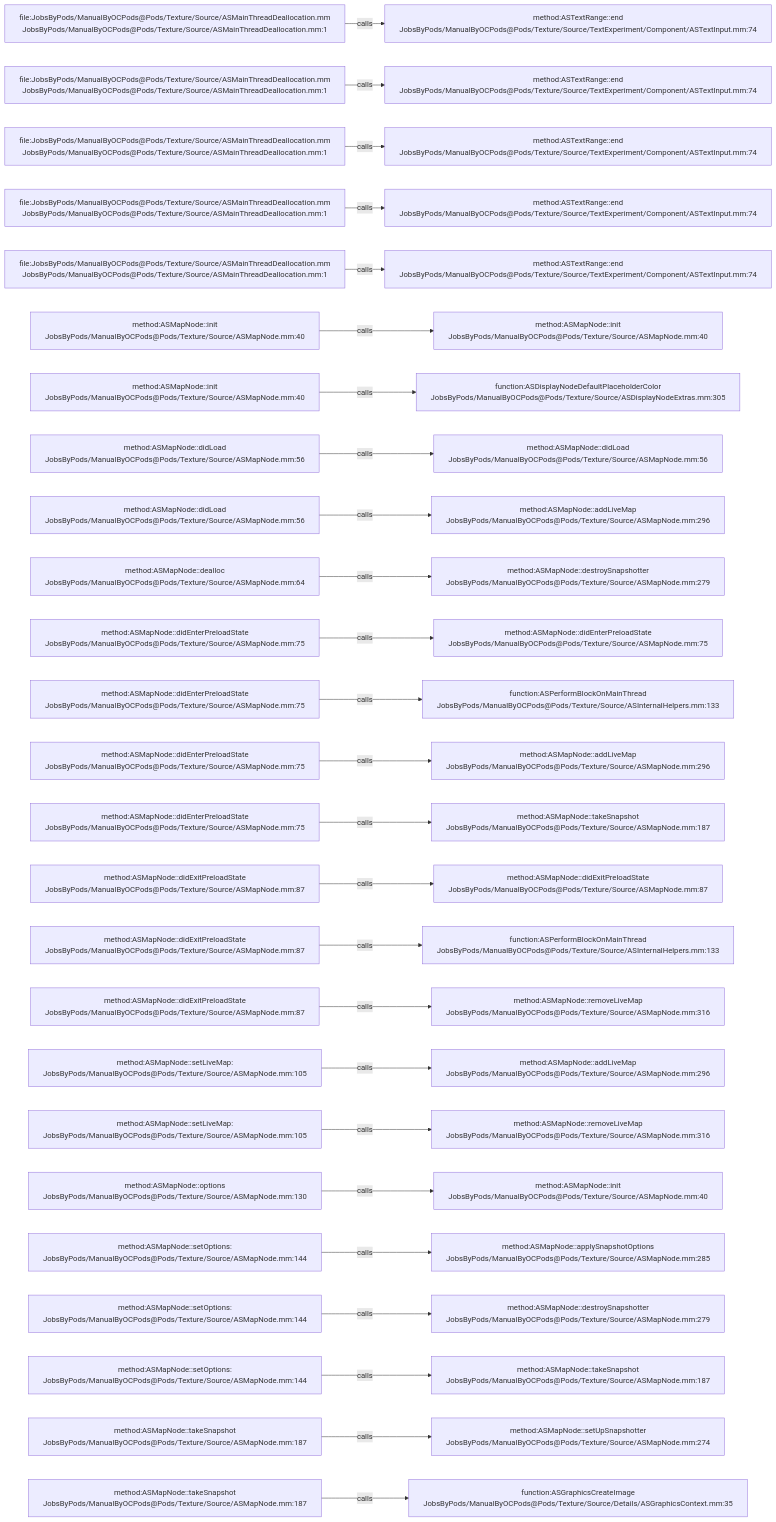
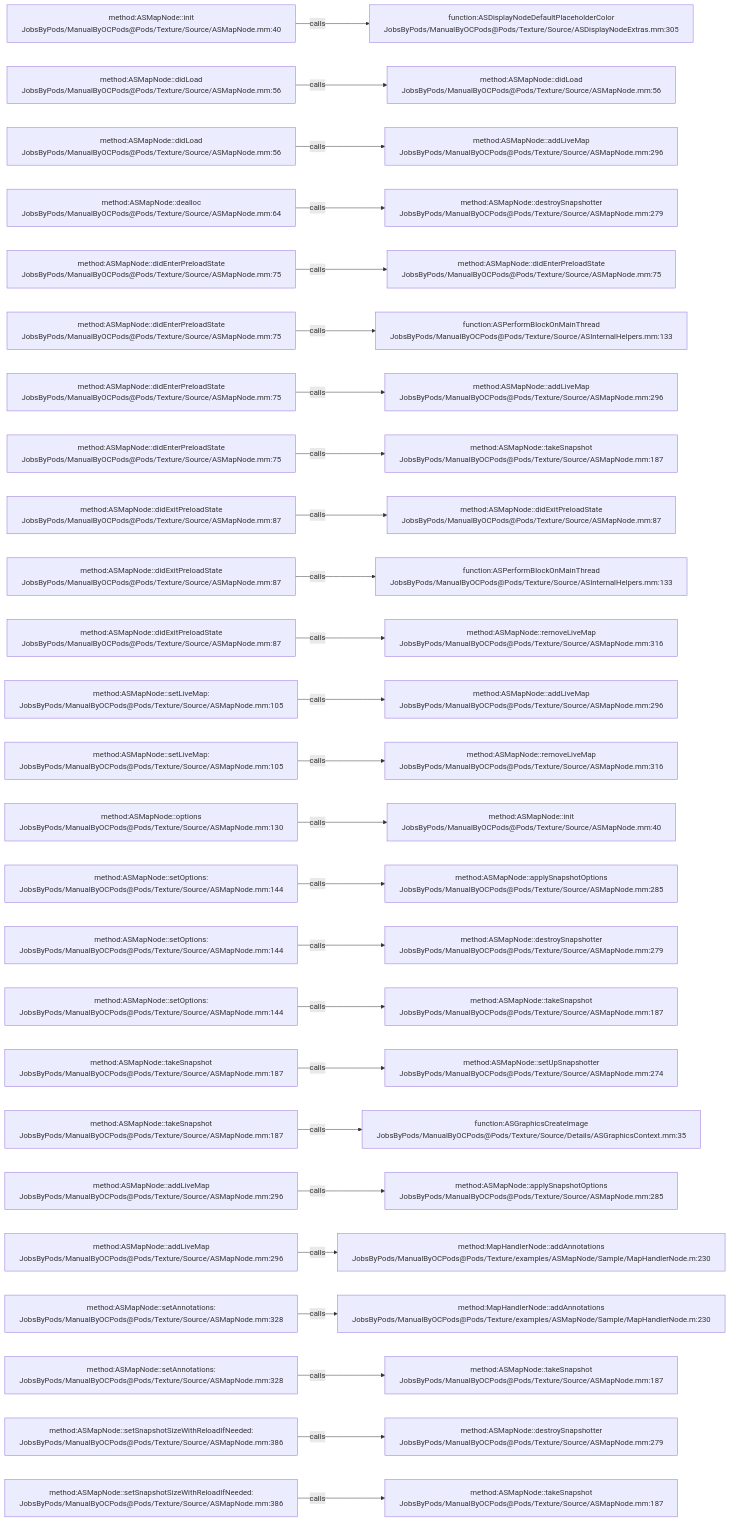
Before and after one commit to JobsKits/JobsOCBaseConfigDemo: the diagram in .codegraph/codegraph.md/graphs/calls-105.md, drawn with Mermaid. The commit also changed 666 other files, not shown here.

````diff
--- a/.codegraph/codegraph.md/graphs/calls-105.md
+++ b/.codegraph/codegraph.md/graphs/calls-105.md
@@ -13,78 +13,78 @@
 ```mermaid
 flowchart LR
-  S1["file:JobsByPods/ManualByOCPods@Pods/Texture/Source/ASMainThreadDeallocation.mm<br/>JobsByPods/ManualByOCPods@Pods/Texture/Source/ASMainThreadDeallocation.mm:1"]
-  T1["method:ASTextRange::end<br/>JobsByPods/ManualByOCPods@Pods/Texture/Source/TextExperiment/Component/ASTextInput.mm:74"]
+  S1["method:ASMapNode::init<br/>JobsByPods/ManualByOCPods@Pods/Texture/Source/ASMapNode.mm:40"]
+  T1["function:ASDisplayNodeDefaultPlaceholderColor<br/>JobsByPods/ManualByOCPods@Pods/Texture/Source/ASDisplayNodeExtras.mm:305"]
   S1 -->|calls| T1
-  S2["file:JobsByPods/ManualByOCPods@Pods/Texture/Source/ASMainThreadDeallocation.mm<br/>JobsByPods/ManualByOCPods@Pods/Texture/Source/ASMainThreadDeallocation.mm:1"]
-  T2["method:ASTextRange::end<br/>JobsByPods/ManualByOCPods@Pods/Texture/Source/TextExperiment/Component/ASTextInput.mm:74"]
+  S2["method:ASMapNode::didLoad<br/>JobsByPods/ManualByOCPods@Pods/Texture/Source/ASMapNode.mm:56"]
+  T2["method:ASMapNode::didLoad<br/>JobsByPods/ManualByOCPods@Pods/Texture/Source/ASMapNode.mm:56"]
   S2 -->|calls| T2
-  S3["file:JobsByPods/ManualByOCPods@Pods/Texture/Source/ASMainThreadDeallocation.mm<br/>JobsByPods/ManualByOCPods@Pods/Texture/Source/ASMainThreadDeallocation.mm:1"]
-  T3["method:ASTextRange::end<br/>JobsByPods/ManualByOCPods@Pods/Texture/Source/TextExperiment/Component/ASTextInput.mm:74"]
+  S3["method:ASMapNode::didLoad<br/>JobsByPods/ManualByOCPods@Pods/Texture/Source/ASMapNode.mm:56"]
+  T3["method:ASMapNode::addLiveMap<br/>JobsByPods/ManualByOCPods@Pods/Texture/Source/ASMapNode.mm:296"]
   S3 -->|calls| T3
-  S4["file:JobsByPods/ManualByOCPods@Pods/Texture/Source/ASMainThreadDeallocation.mm<br/>JobsByPods/ManualByOCPods@Pods/Texture/Source/ASMainThreadDeallocation.mm:1"]
-  T4["method:ASTextRange::end<br/>JobsByPods/ManualByOCPods@Pods/Texture/Source/TextExperiment/Component/ASTextInput.mm:74"]
+  S4["method:ASMapNode::dealloc<br/>JobsByPods/ManualByOCPods@Pods/Texture/Source/ASMapNode.mm:64"]
+  T4["method:ASMapNode::destroySnapshotter<br/>JobsByPods/ManualByOCPods@Pods/Texture/Source/ASMapNode.mm:279"]
   S4 -->|calls| T4
-  S5["file:JobsByPods/ManualByOCPods@Pods/Texture/Source/ASMainThreadDeallocation.mm<br/>JobsByPods/ManualByOCPods@Pods/Texture/Source/ASMainThreadDeallocation.mm:1"]
-  T5["method:ASTextRange::end<br/>JobsByPods/ManualByOCPods@Pods/Texture/Source/TextExperiment/Component/ASTextInput.mm:74"]
+  S5["method:ASMapNode::didEnterPreloadState<br/>JobsByPods/ManualByOCPods@Pods/Texture/Source/ASMapNode.mm:75"]
+  T5["method:ASMapNode::didEnterPreloadState<br/>JobsByPods/ManualByOCPods@Pods/Texture/Source/ASMapNode.mm:75"]
   S5 -->|calls| T5
-  S6["method:ASMapNode::init<br/>JobsByPods/ManualByOCPods@Pods/Texture/Source/ASMapNode.mm:40"]
-  T6["method:ASMapNode::init<br/>JobsByPods/ManualByOCPods@Pods/Texture/Source/ASMapNode.mm:40"]
+  S6["method:ASMapNode::didEnterPreloadState<br/>JobsByPods/ManualByOCPods@Pods/Texture/Source/ASMapNode.mm:75"]
+  T6["function:ASPerformBlockOnMainThread<br/>JobsByPods/ManualByOCPods@Pods/Texture/Source/ASInternalHelpers.mm:133"]
   S6 -->|calls| T6
-  S7["method:ASMapNode::init<br/>JobsByPods/ManualByOCPods@Pods/Texture/Source/ASMapNode.mm:40"]
-  T7["function:ASDisplayNodeDefaultPlaceholderColor<br/>JobsByPods/ManualByOCPods@Pods/Texture/Source/ASDisplayNodeExtras.mm:305"]
+  S7["method:ASMapNode::didEnterPreloadState<br/>JobsByPods/ManualByOCPods@Pods/Texture/Source/ASMapNode.mm:75"]
+  T7["method:ASMapNode::addLiveMap<br/>JobsByPods/ManualByOCPods@Pods/Texture/Source/ASMapNode.mm:296"]
   S7 -->|calls| T7
-  S8["method:ASMapNode::didLoad<br/>JobsByPods/ManualByOCPods@Pods/Texture/Source/ASMapNode.mm:56"]
-  T8["method:ASMapNode::didLoad<br/>JobsByPods/ManualByOCPods@Pods/Texture/Source/ASMapNode.mm:56"]
+  S8["method:ASMapNode::didEnterPreloadState<br/>JobsByPods/ManualByOCPods@Pods/Texture/Source/ASMapNode.mm:75"]
+  T8["method:ASMapNode::takeSnapshot<br/>JobsByPods/ManualByOCPods@Pods/Texture/Source/ASMapNode.mm:187"]
   S8 -->|calls| T8
-  S9["method:ASMapNode::didLoad<br/>JobsByPods/ManualByOCPods@Pods/Texture/Source/ASMapNode.mm:56"]
-  T9["method:ASMapNode::addLiveMap<br/>JobsByPods/ManualByOCPods@Pods/Texture/Source/ASMapNode.mm:296"]
+  S9["method:ASMapNode::didExitPreloadState<br/>JobsByPods/ManualByOCPods@Pods/Texture/Source/ASMapNode.mm:87"]
+  T9["method:ASMapNode::didExitPreloadState<br/>JobsByPods/ManualByOCPods@Pods/Texture/Source/ASMapNode.mm:87"]
   S9 -->|calls| T9
-  S10["method:ASMapNode::dealloc<br/>JobsByPods/ManualByOCPods@Pods/Texture/Source/ASMapNode.mm:64"]
-  T10["method:ASMapNode::destroySnapshotter<br/>JobsByPods/ManualByOCPods@Pods/Texture/Source/ASMapNode.mm:279"]
+  S10["method:ASMapNode::didExitPreloadState<br/>JobsByPods/ManualByOCPods@Pods/Texture/Source/ASMapNode.mm:87"]
+  T10["function:ASPerformBlockOnMainThread<br/>JobsByPods/ManualByOCPods@Pods/Texture/Source/ASInternalHelpers.mm:133"]
   S10 -->|calls| T10
-  S11["method:ASMapNode::didEnterPreloadState<br/>JobsByPods/ManualByOCPods@Pods/Texture/Source/ASMapNode.mm:75"]
-  T11["method:ASMapNode::didEnterPreloadState<br/>JobsByPods/ManualByOCPods@Pods/Texture/Source/ASMapNode.mm:75"]
+  S11["method:ASMapNode::didExitPreloadState<br/>JobsByPods/ManualByOCPods@Pods/Texture/Source/ASMapNode.mm:87"]
+  T11["method:ASMapNode::removeLiveMap<br/>JobsByPods/ManualByOCPods@Pods/Texture/Source/ASMapNode.mm:316"]
   S11 -->|calls| T11
-  S12["method:ASMapNode::didEnterPreloadState<br/>JobsByPods/ManualByOCPods@Pods/Texture/Source/ASMapNode.mm:75"]
-  T12["function:ASPerformBlockOnMainThread<br/>JobsByPods/ManualByOCPods@Pods/Texture/Source/ASInternalHelpers.mm:133"]
+  S12["method:ASMapNode::setLiveMap:<br/>JobsByPods/ManualByOCPods@Pods/Texture/Source/ASMapNode.mm:105"]
+  T12["method:ASMapNode::addLiveMap<br/>JobsByPods/ManualByOCPods@Pods/Texture/Source/ASMapNode.mm:296"]
   S12 -->|calls| T12
-  S13["method:ASMapNode::didEnterPreloadState<br/>JobsByPods/ManualByOCPods@Pods/Texture/Source/ASMapNode.mm:75"]
-  T13["method:ASMapNode::addLiveMap<br/>JobsByPods/ManualByOCPods@Pods/Texture/Source/ASMapNode.mm:296"]
+  S13["method:ASMapNode::setLiveMap:<br/>JobsByPods/ManualByOCPods@Pods/Texture/Source/ASMapNode.mm:105"]
+  T13["method:ASMapNode::removeLiveMap<br/>JobsByPods/ManualByOCPods@Pods/Texture/Source/ASMapNode.mm:316"]
   S13 -->|calls| T13
-  S14["method:ASMapNode::didEnterPreloadState<br/>JobsByPods/ManualByOCPods@Pods/Texture/Source/ASMapNode.mm:75"]
-  T14["method:ASMapNode::takeSnapshot<br/>JobsByPods/ManualByOCPods@Pods/Texture/Source/ASMapNode.mm:187"]
+  S14["method:ASMapNode::options<br/>JobsByPods/ManualByOCPods@Pods/Texture/Source/ASMapNode.mm:130"]
+  T14["method:ASMapNode::init<br/>JobsByPods/ManualByOCPods@Pods/Texture/Source/ASMapNode.mm:40"]
   S14 -->|calls| T14
-  S15["method:ASMapNode::didExitPreloadState<br/>JobsByPods/ManualByOCPods@Pods/Texture/Source/ASMapNode.mm:87"]
-  T15["method:ASMapNode::didExitPreloadState<br/>JobsByPods/ManualByOCPods@Pods/Texture/Source/ASMapNode.mm:87"]
+  S15["method:ASMapNode::setOptions:<br/>JobsByPods/ManualByOCPods@Pods/Texture/Source/ASMapNode.mm:144"]
+  T15["method:ASMapNode::applySnapshotOptions<br/>JobsByPods/ManualByOCPods@Pods/Texture/Source/ASMapNode.mm:285"]
   S15 -->|calls| T15
-  S16["method:ASMapNode::didExitPreloadState<br/>JobsByPods/ManualByOCPods@Pods/Texture/Source/ASMapNode.mm:87"]
-  T16["function:ASPerformBlockOnMainThread<br/>JobsByPods/ManualByOCPods@Pods/Texture/Source/ASInternalHelpers.mm:133"]
+  S16["method:ASMapNode::setOptions:<br/>JobsByPods/ManualByOCPods@Pods/Texture/Source/ASMapNode.mm:144"]
+  T16["method:ASMapNode::destroySnapshotter<br/>JobsByPods/ManualByOCPods@Pods/Texture/Source/ASMapNode.mm:279"]
   S16 -->|calls| T16
-  S17["method:ASMapNode::didExitPreloadState<br/>JobsByPods/ManualByOCPods@Pods/Texture/Source/ASMapNode.mm:87"]
-  T17["method:ASMapNode::removeLiveMap<br/>JobsByPods/ManualByOCPods@Pods/Texture/Source/ASMapNode.mm:316"]
+  S17["method:ASMapNode::setOptions:<br/>JobsByPods/ManualByOCPods@Pods/Texture/Source/ASMapNode.mm:144"]
+  T17["method:ASMapNode::takeSnapshot<br/>JobsByPods/ManualByOCPods@Pods/Texture/Source/ASMapNode.mm:187"]
   S17 -->|calls| T17
-  S18["method:ASMapNode::setLiveMap:<br/>JobsByPods/ManualByOCPods@Pods/Texture/Source/ASMapNode.mm:105"]
-  T18["method:ASMapNode::addLiveMap<br/>JobsByPods/ManualByOCPods@Pods/Texture/Source/ASMapNode.mm:296"]
+  S18["method:ASMapNode::takeSnapshot<br/>JobsByPods/ManualByOCPods@Pods/Texture/Source/ASMapNode.mm:187"]
+  T18["method:ASMapNode::setUpSnapshotter<br/>JobsByPods/ManualByOCPods@Pods/Texture/Source/ASMapNode.mm:274"]
   S18 -->|calls| T18
-  S19["method:ASMapNode::setLiveMap:<br/>JobsByPods/ManualByOCPods@Pods/Texture/Source/ASMapNode.mm:105"]
-  T19["method:ASMapNode::removeLiveMap<br/>JobsByPods/ManualByOCPods@Pods/Texture/Source/ASMapNode.mm:316"]
+  S19["method:ASMapNode::takeSnapshot<br/>JobsByPods/ManualByOCPods@Pods/Texture/Source/ASMapNode.mm:187"]
+  T19["function:ASGraphicsCreateImage<br/>JobsByPods/ManualByOCPods@Pods/Texture/Source/Details/ASGraphicsContext.mm:35"]
   S19 -->|calls| T19
-  S20["method:ASMapNode::options<br/>JobsByPods/ManualByOCPods@Pods/Texture/Source/ASMapNode.mm:130"]
-  T20["method:ASMapNode::init<br/>JobsByPods/ManualByOCPods@Pods/Texture/Source/ASMapNode.mm:40"]
+  S20["method:ASMapNode::addLiveMap<br/>JobsByPods/ManualByOCPods@Pods/Texture/Source/ASMapNode.mm:296"]
+  T20["method:ASMapNode::applySnapshotOptions<br/>JobsByPods/ManualByOCPods@Pods/Texture/Source/ASMapNode.mm:285"]
   S20 -->|calls| T20
-  S21["method:ASMapNode::setOptions:<br/>JobsByPods/ManualByOCPods@Pods/Texture/Source/ASMapNode.mm:144"]
-  T21["method:ASMapNode::applySnapshotOptions<br/>JobsByPods/ManualByOCPods@Pods/Texture/Source/ASMapNode.mm:285"]
+  S21["method:ASMapNode::addLiveMap<br/>JobsByPods/ManualByOCPods@Pods/Texture/Source/ASMapNode.mm:296"]
+  T21["method:MapHandlerNode::addAnnotations<br/>JobsByPods/ManualByOCPods@Pods/Texture/examples/ASMapNode/Sample/MapHandlerNode.m:230"]
   S21 -->|calls| T21
-  S22["method:ASMapNode::setOptions:<br/>JobsByPods/ManualByOCPods@Pods/Texture/Source/ASMapNode.mm:144"]
-  T22["method:ASMapNode::destroySnapshotter<br/>JobsByPods/ManualByOCPods@Pods/Texture/Source/ASMapNode.mm:279"]
+  S22["method:ASMapNode::setAnnotations:<br/>JobsByPods/ManualByOCPods@Pods/Texture/Source/ASMapNode.mm:328"]
+  T22["method:MapHandlerNode::addAnnotations<br/>JobsByPods/ManualByOCPods@Pods/Texture/examples/ASMapNode/Sample/MapHandlerNode.m:230"]
   S22 -->|calls| T22
-  S23["method:ASMapNode::setOptions:<br/>JobsByPods/ManualByOCPods@Pods/Texture/Source/ASMapNode.mm:144"]
+  S23["method:ASMapNode::setAnnotations:<br/>JobsByPods/ManualByOCPods@Pods/Texture/Source/ASMapNode.mm:328"]
   T23["method:ASMapNode::takeSnapshot<br/>JobsByPods/ManualByOCPods@Pods/Texture/Source/ASMapNode.mm:187"]
   S23 -->|calls| T23
-  S24["method:ASMapNode::takeSnapshot<br/>JobsByPods/ManualByOCPods@Pods/Texture/Source/ASMapNode.mm:187"]
-  T24["method:ASMapNode::setUpSnapshotter<br/>JobsByPods/ManualByOCPods@Pods/Texture/Source/ASMapNode.mm:274"]
+  S24["method:ASMapNode::setSnapshotSizeWithReloadIfNeeded:<br/>JobsByPods/ManualByOCPods@Pods/Texture/Source/ASMapNode.mm:386"]
+  T24["method:ASMapNode::destroySnapshotter<br/>JobsByPods/ManualByOCPods@Pods/Texture/Source/ASMapNode.mm:279"]
   S24 -->|calls| T24
-  S25["method:ASMapNode::takeSnapshot<br/>JobsByPods/ManualByOCPods@Pods/Texture/Source/ASMapNode.mm:187"]
-  T25["function:ASGraphicsCreateImage<br/>JobsByPods/ManualByOCPods@Pods/Texture/Source/Details/ASGraphicsContext.mm:35"]
+  S25["method:ASMapNode::setSnapshotSizeWithReloadIfNeeded:<br/>JobsByPods/ManualByOCPods@Pods/Texture/Source/ASMapNode.mm:386"]
+  T25["method:ASMapNode::takeSnapshot<br/>JobsByPods/ManualByOCPods@Pods/Texture/Source/ASMapNode.mm:187"]
   S25 -->|calls| T25
 ```
````
